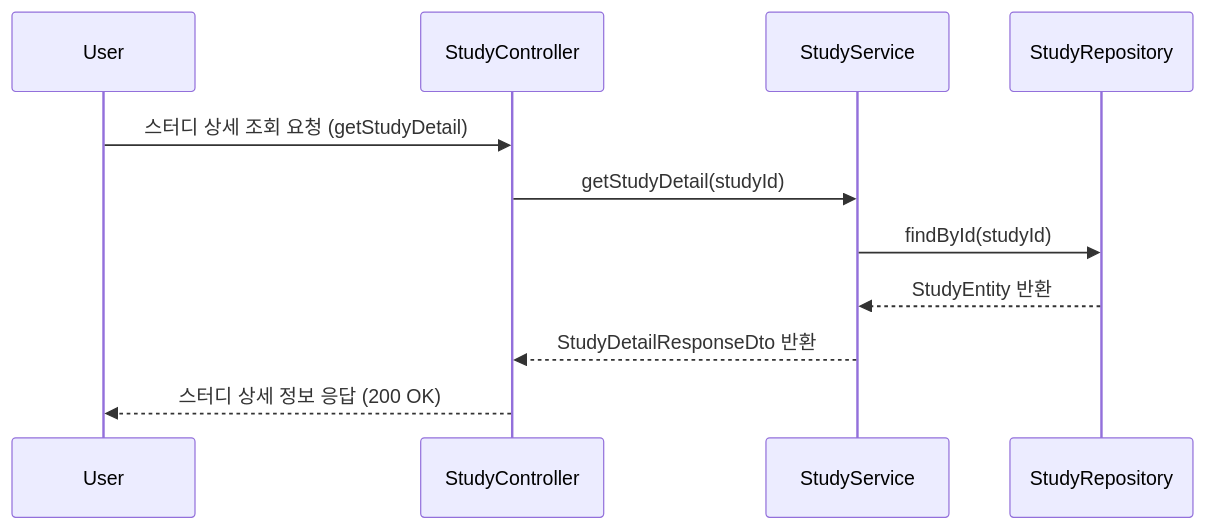
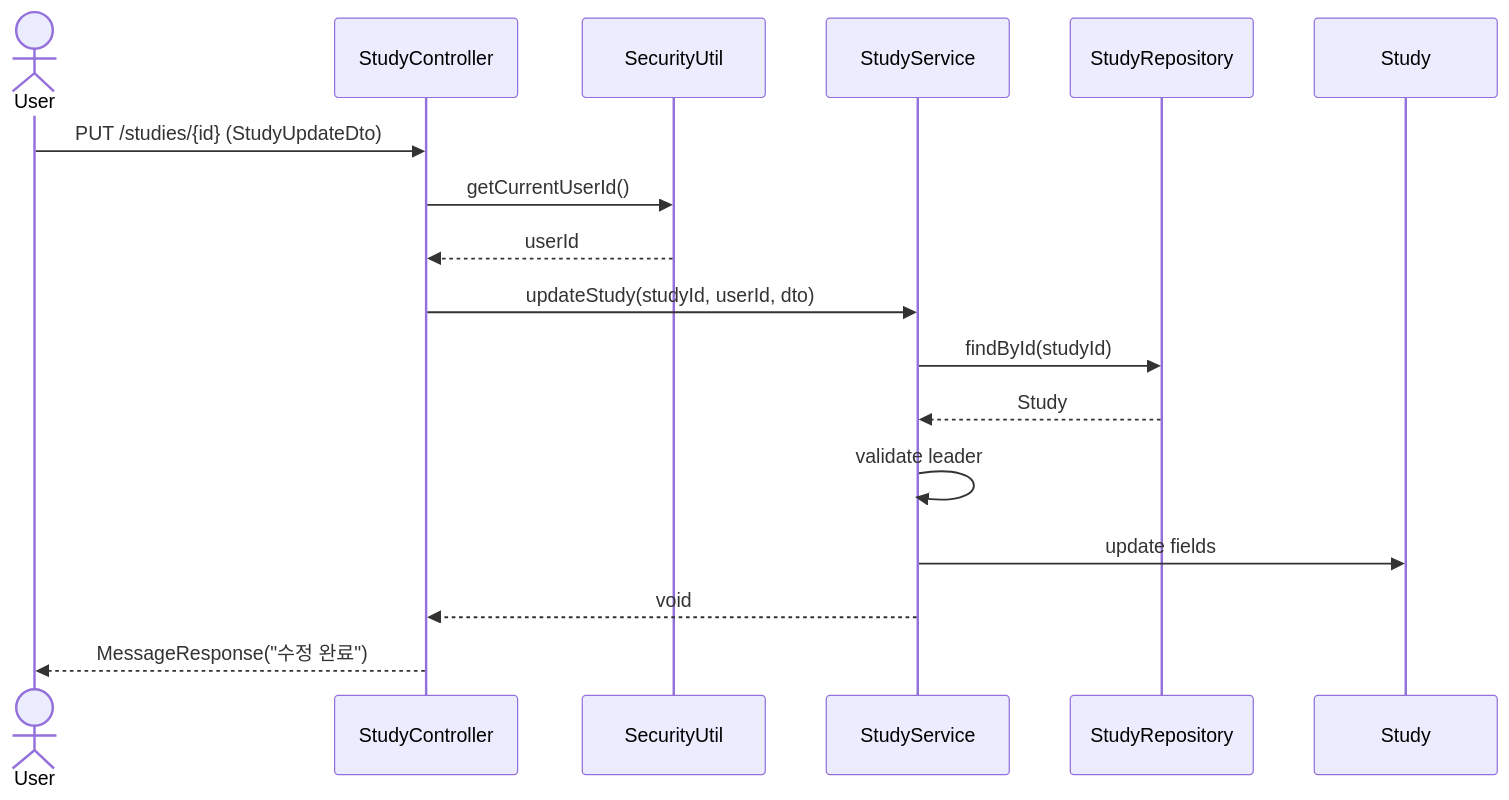
One commit to OHWCH/se_dev changed diagram 17 of 47 in SDS_[깃라잡이].md. Above: the diagram before and after it, drawn with Mermaid. The commit also changed other lines of this file, not shown here.

Commit message:
스터디 시퀀스 다이어그램

````diff
--- a/SDS_[깃라잡이].md
+++ b/SDS_[깃라잡이].md
@@ -4993,15 +5023,18 @@
 ```mermaid
 sequenceDiagram
-    participant User
-    participant StudyController
-    participant StudyService
-    participant StudyRepository
+    actor User
+    User ->> StudyController: PUT /studies/{id} (StudyUpdateDto)
+    StudyController ->> SecurityUtil: getCurrentUserId()
+    SecurityUtil -->> StudyController: userId
 
-    User->>StudyController: 스터디 상세 조회 요청 (getStudyDetail)
-    StudyController->>StudyService: getStudyDetail(studyId)
-    StudyService->>StudyRepository: findById(studyId)
-    StudyRepository-->>StudyService: StudyEntity 반환
-    StudyService-->>StudyController: StudyDetailResponseDto 반환
-    StudyController-->>User: 스터디 상세 정보 응답 (200 OK)
+    StudyController ->> StudyService: updateStudy(studyId, userId, dto)
+    StudyService ->> StudyRepository: findById(studyId)
+    StudyRepository -->> StudyService: Study
+
+    StudyService ->> StudyService: validate leader
+    StudyService ->> Study: update fields
+
+    StudyService -->> StudyController: void
+    StudyController -->> User: MessageResponse("수정 완료")
 
 ```
````
